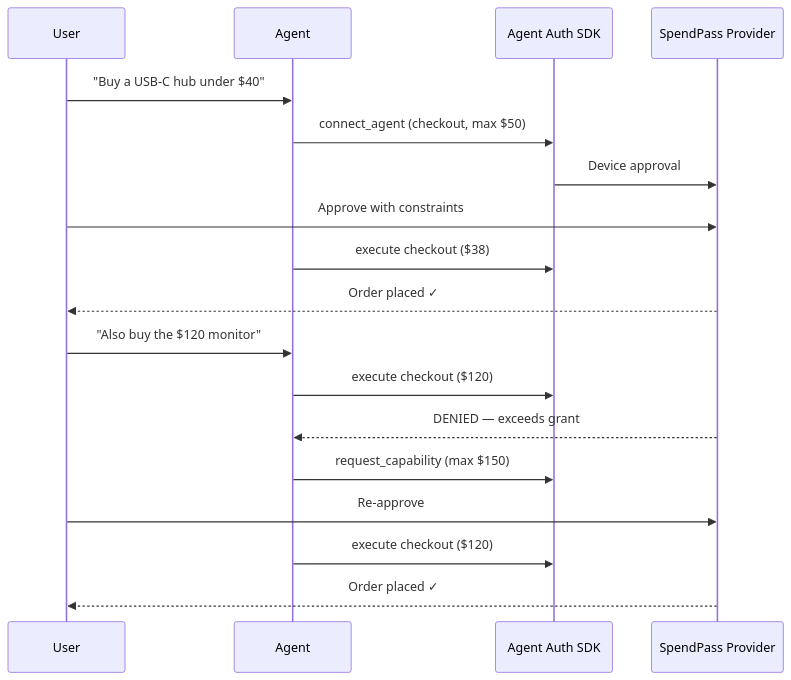
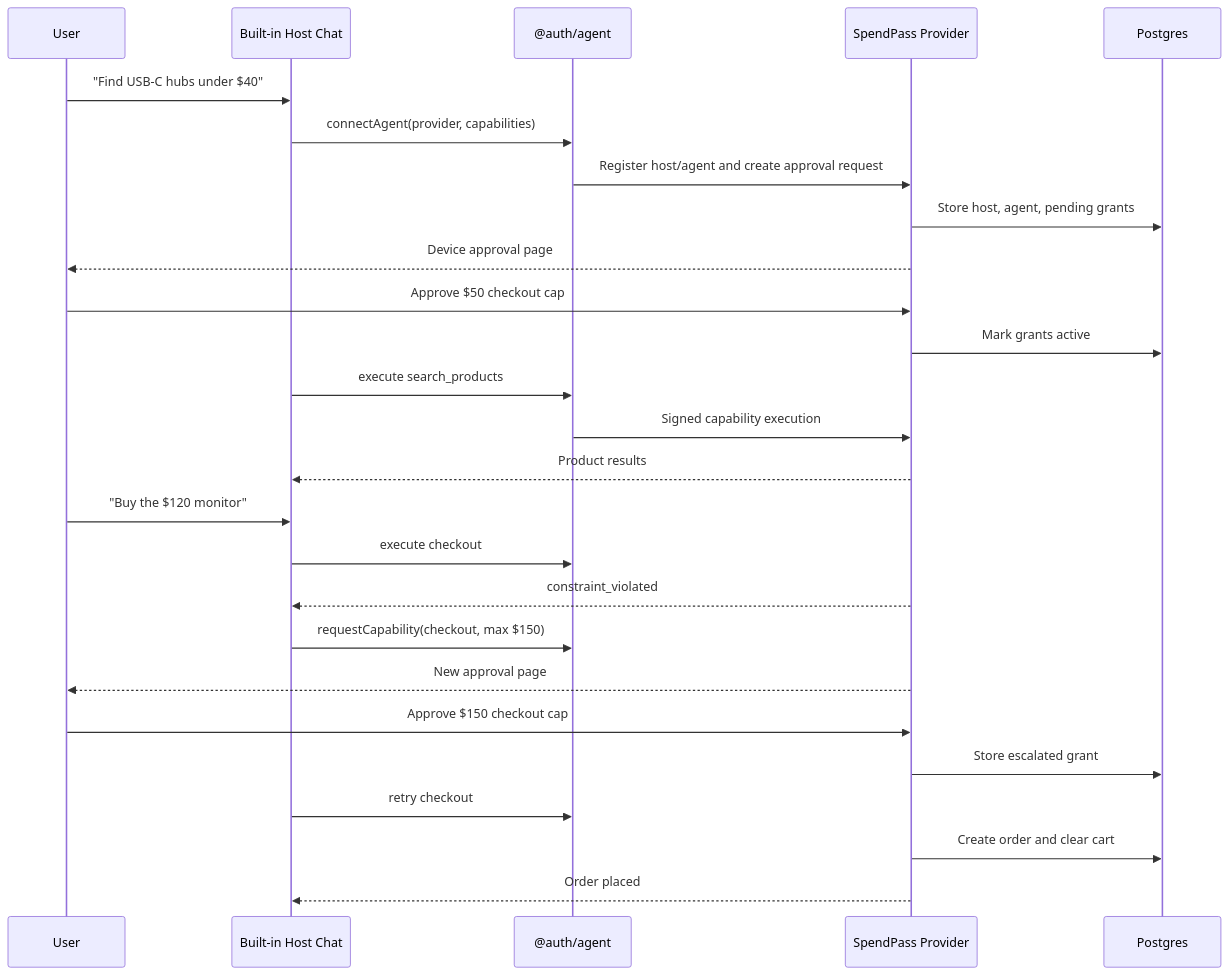
One commit to JUICEWRLD998/spendpass changed the diagram in README.md. Above: the diagram before and after it, drawn with Mermaid. The commit also changed other lines of this file and 188 other files, not shown here.

````diff
--- a/README.md
+++ b/README.md
@@ -21,21 +83,30 @@
 ```mermaid
 sequenceDiagram
     participant User
-    participant Agent
-    participant AgentAuth as Agent Auth SDK
+    participant Chat as Built-in Host Chat
+    participant SDK as @auth/agent
     participant Provider as SpendPass Provider
+    participant DB as Postgres
 
-    User->>Agent: "Buy a USB-C hub under $40"
-    Agent->>AgentAuth: connect_agent (checkout, max $50)
-    AgentAuth->>Provider: Device approval
-    User->>Provider: Approve with constraints
-    Agent->>AgentAuth: execute checkout ($38)
-    Provider-->>User: Order placed ✓
-    User->>Agent: "Also buy the $120 monitor"
-    Agent->>AgentAuth: execute checkout ($120)
-    Provider-->>Agent: DENIED — exceeds grant
-    Agent->>AgentAuth: request_capability (max $150)
-    User->>Provider: Re-approve
-    Agent->>AgentAuth: execute checkout ($120)
-    Provider-->>User: Order placed ✓
+    User->>Chat: "Find USB-C hubs under $40"
+    Chat->>SDK: connectAgent(provider, capabilities)
+    SDK->>Provider: Register host/agent and create approval request
+    Provider->>DB: Store host, agent, pending grants
+    Provider-->>User: Device approval page
+    User->>Provider: Approve $50 checkout cap
+    Provider->>DB: Mark grants active
+    Chat->>SDK: execute search_products
+    SDK->>Provider: Signed capability execution
+    Provider-->>Chat: Product results
+
+    User->>Chat: "Buy the $120 monitor"
+    Chat->>SDK: execute checkout
+    Provider-->>Chat: constraint_violated
+    Chat->>SDK: requestCapability(checkout, max $150)
+    Provider-->>User: New approval page
+    User->>Provider: Approve $150 checkout cap
+    Provider->>DB: Store escalated grant
+    Chat->>SDK: retry checkout
+    Provider->>DB: Create order and clear cart
+    Provider-->>Chat: Order placed
 ```
````
